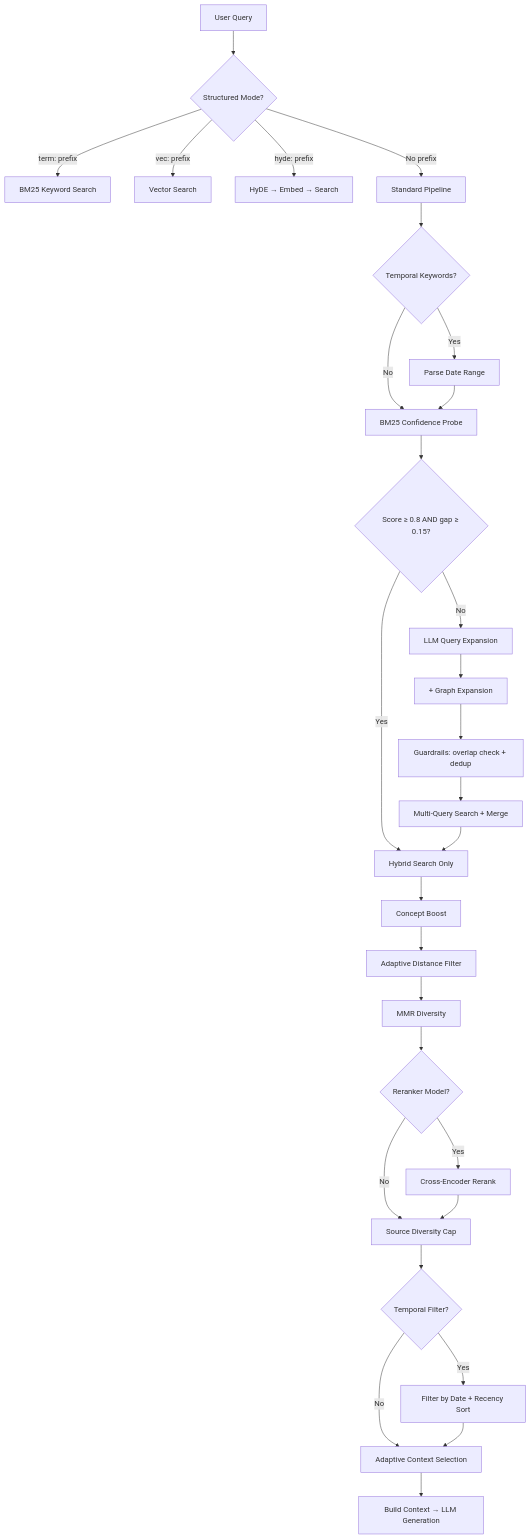
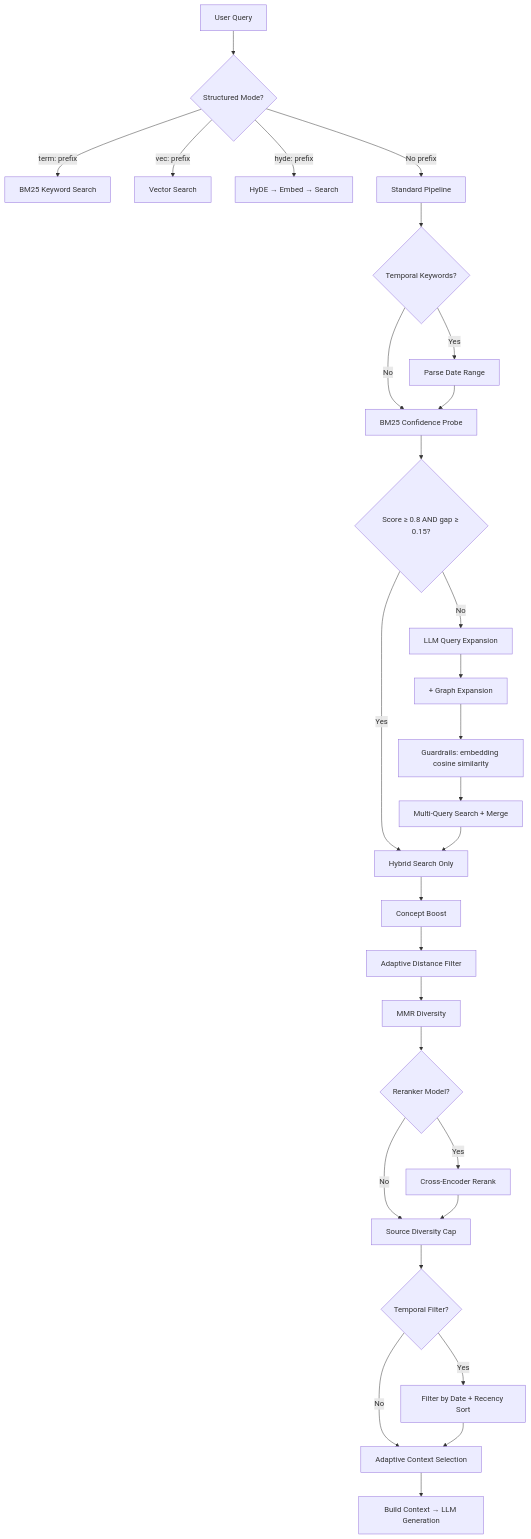
Before and after one commit to tobocop2/lilbee: the third of 3 diagrams in docs/architecture.md, drawn with Mermaid. The commit also changed other lines of this file and 6 other files, not shown here.

````diff
--- a/docs/architecture.md
+++ b/docs/architecture.md
@@ -101,35 +101,35 @@
 ```mermaid
 flowchart TD
     Q[User Query] --> SM{Structured Mode?}
     SM -->|term: prefix| BM25[BM25 Keyword Search]
     SM -->|vec: prefix| VEC[Vector Search]
     SM -->|hyde: prefix| HYDE_M[HyDE → Embed → Search]
     SM -->|No prefix| STD[Standard Pipeline]
 
     STD --> TF{Temporal Keywords?}
     TF -->|Yes| TPARSE[Parse Date Range]
     TF -->|No| PROBE
 
     TPARSE --> PROBE[BM25 Confidence Probe]
     PROBE --> CONF{Score ≥ 0.8 AND gap ≥ 0.15?}
     CONF -->|Yes| HYBRID[Hybrid Search Only]
     CONF -->|No| EXPAND[LLM Query Expansion]
 
     EXPAND --> GEXP[+ Graph Expansion]
-    GEXP --> GUARD[Guardrails: overlap check + dedup]
+    GEXP --> GUARD[Guardrails: embedding cosine similarity]
     GUARD --> MULTI[Multi-Query Search + Merge]
     MULTI --> HYBRID
 
     HYBRID --> CBOOST[Concept Boost]
     CBOOST --> ADAPT[Adaptive Distance Filter]
     ADAPT --> MMR[MMR Diversity]
     MMR --> RERANK{Reranker Model?}
     RERANK -->|Yes| XENC[Cross-Encoder Rerank]
     RERANK -->|No| DIV
     XENC --> DIV[Source Diversity Cap]
     DIV --> TFILTER{Temporal Filter?}
     TFILTER -->|Yes| TFILT[Filter by Date + Recency Sort]
     TFILTER -->|No| CTX
     TFILT --> CTX[Adaptive Context Selection]
     CTX --> BUILD[Build Context → LLM Generation]
 ```
````
